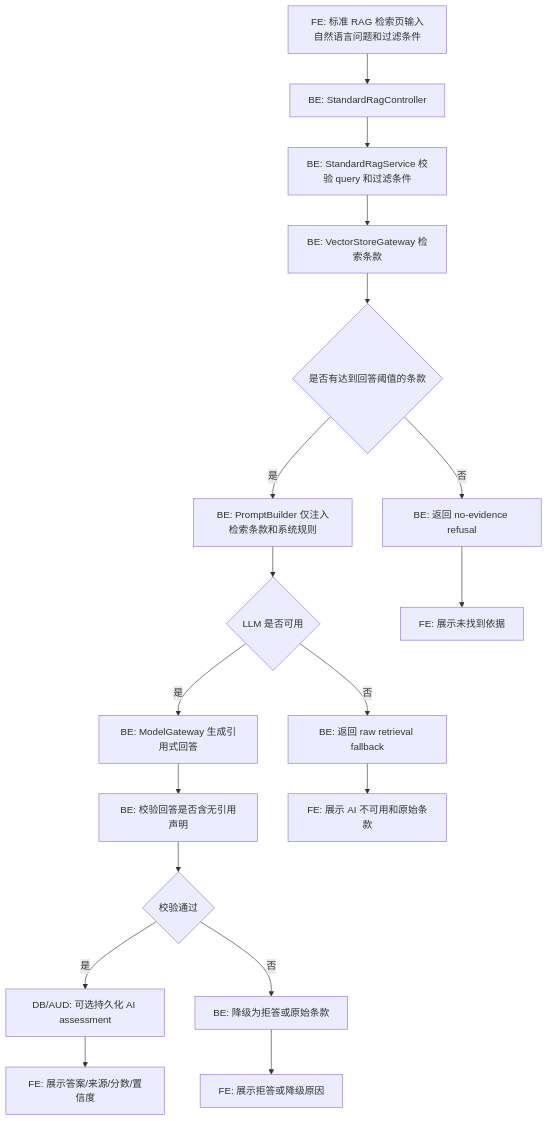
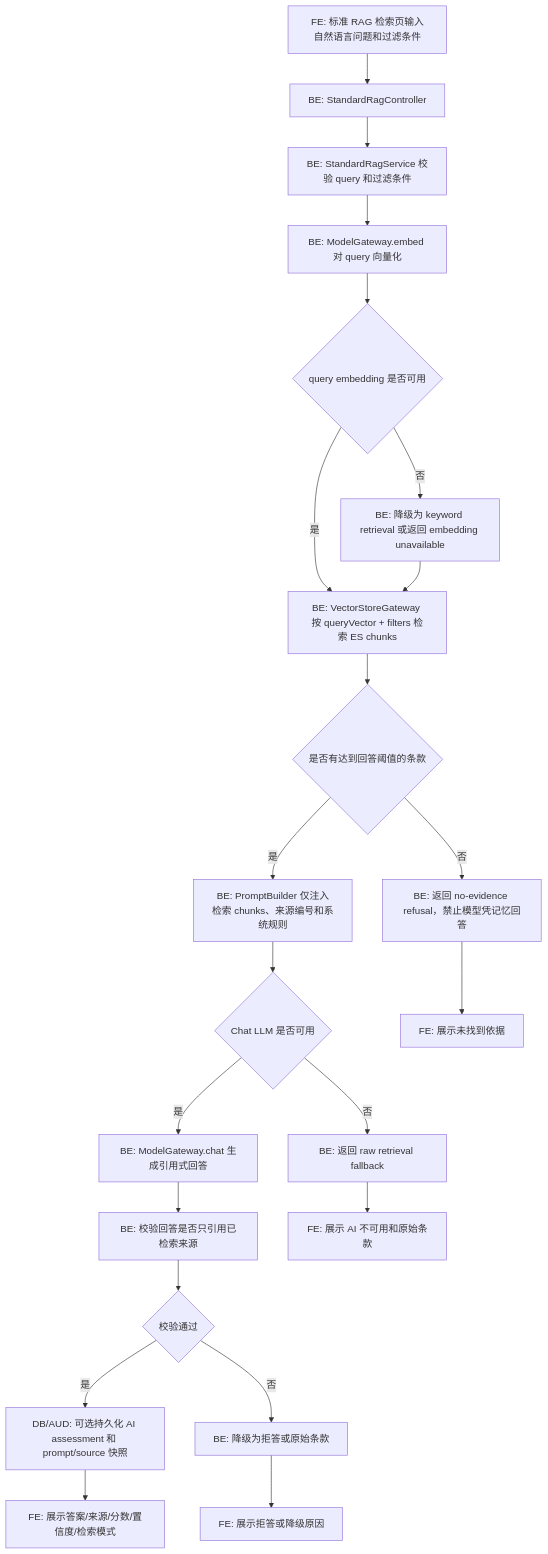
One commit to broccolidumpling0826-ship-it/ai-quality-control changed the fifth of 12 diagrams in openspec/changes/rag-explained-judgment-concession/flowcharts.md. Above: the diagram before and after it, drawn with Mermaid. The commit also changed other lines of this file and 43 other files, not shown here.

````diff
--- a/openspec/changes/rag-explained-judgment-concession/flowcharts.md
+++ b/openspec/changes/rag-explained-judgment-concession/flowcharts.md
@@ -133,20 +173,24 @@
 ```mermaid
 flowchart TD
     A[FE: 标准 RAG 检索页输入自然语言问题和过滤条件] --> B[BE: StandardRagController]
     B --> C[BE: StandardRagService 校验 query 和过滤条件]
-    C --> D[BE: VectorStoreGateway 检索条款]
-    D --> E{是否有达到回答阈值的条款}
-    E -- 否 --> F[BE: 返回 no-evidence refusal]
-    E -- 是 --> G[BE: PromptBuilder 仅注入检索条款和系统规则]
-    G --> H{LLM 是否可用}
-    H -- 是 --> I[BE: ModelGateway 生成引用式回答]
-    H -- 否 --> J[BE: 返回 raw retrieval fallback]
-    I --> K[BE: 校验回答是否含无引用声明]
-    K --> L{校验通过}
-    L -- 是 --> M[DB/AUD: 可选持久化 AI assessment]
-    L -- 否 --> N[BE: 降级为拒答或原始条款]
-    F --> O[FE: 展示未找到依据]
-    J --> P[FE: 展示 AI 不可用和原始条款]
-    M --> Q[FE: 展示答案/来源/分数/置信度]
-    N --> R[FE: 展示拒答或降级原因]
+    C --> D[BE: ModelGateway.embed 对 query 向量化]
+    D --> E{query embedding 是否可用}
+    E -- 否 --> F[BE: 降级为 keyword retrieval 或返回 embedding unavailable]
+    E -- 是 --> G[BE: VectorStoreGateway 按 queryVector + filters 检索 ES chunks]
+    F --> G
+    G --> H{是否有达到回答阈值的条款}
+    H -- 否 --> I[BE: 返回 no-evidence refusal，禁止模型凭记忆回答]
+    H -- 是 --> J[BE: PromptBuilder 仅注入检索 chunks、来源编号和系统规则]
+    J --> K{Chat LLM 是否可用}
+    K -- 是 --> L[BE: ModelGateway.chat 生成引用式回答]
+    K -- 否 --> M[BE: 返回 raw retrieval fallback]
+    L --> N[BE: 校验回答是否只引用已检索来源]
+    N --> O{校验通过}
+    O -- 是 --> P[DB/AUD: 可选持久化 AI assessment 和 prompt/source 快照]
+    O -- 否 --> Q[BE: 降级为拒答或原始条款]
+    I --> R[FE: 展示未找到依据]
+    M --> S[FE: 展示 AI 不可用和原始条款]
+    P --> T[FE: 展示答案/来源/分数/置信度/检索模式]
+    Q --> U[FE: 展示拒答或降级原因]
 ```
````
